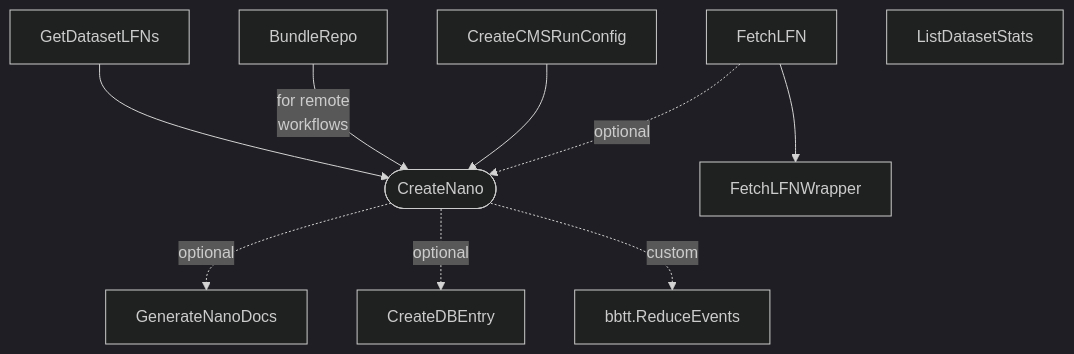
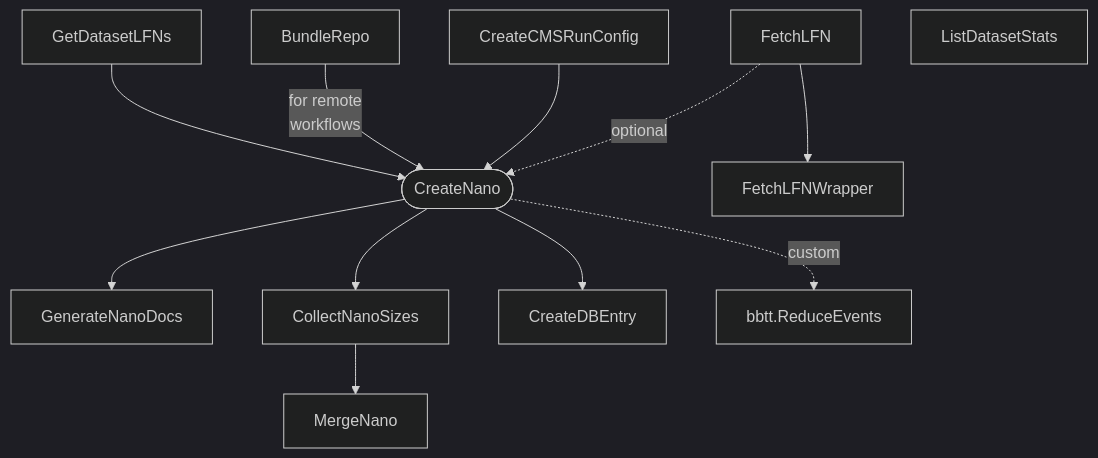
The diagram in README.md (uhh-cms/nanogen), drawn with Mermaid (dark theme) before and after one commit. The commit also changed other lines of this file and 11 other files, not shown here.

````diff
--- a/README.md
+++ b/README.md
@@ -15,13 +15,15 @@
 ```mermaid
 flowchart TD
     CN([CreateNano])
     GetDatasetLFNs --> CN
     BundleRepo -- for remote<br />workflows --> CN
     CreateCMSRunConfig --> CN
     FetchLFN -. optional .-> CN
     FetchLFN --> FetchLFNWrapper
-    CN -. optional .-> GenerateNanoDocs
-    CN -. optional .-> CreateDBEntry
+    CN --> GenerateNanoDocs
+    CN --> CollectNanoSizes
+    CollectNanoSizes --> MergeNano
+    CN --> CreateDBEntry
     CN -. custom .-> bbtt.ReduceEvents
     ListDatasetStats
 ```
````
